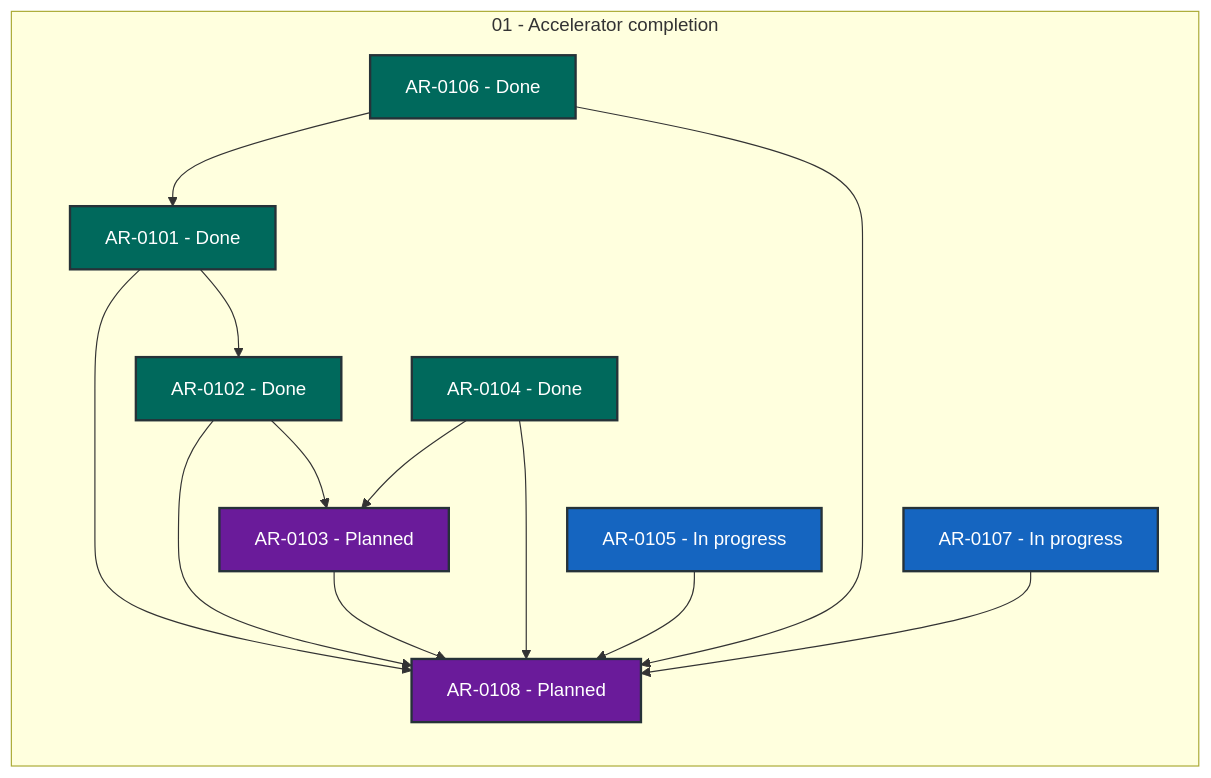
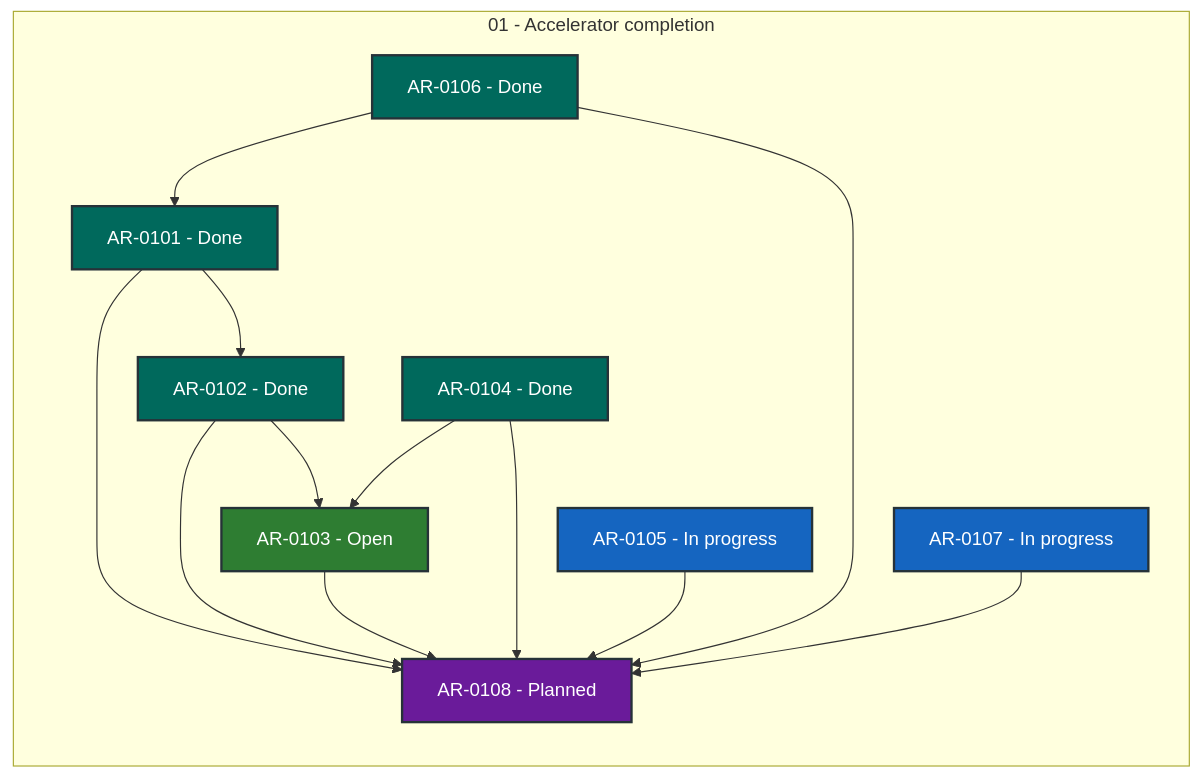
The diagram in coordination/STATUS.md (locutus3009/exgame), drawn with Mermaid before and after one commit. The commit also changed other lines of this file and 2 other files, not shown here.

````diff
--- a/coordination/STATUS.md
+++ b/coordination/STATUS.md
@@ -28,34 +28,34 @@
 ```mermaid
 flowchart LR
     subgraph series_01["01 - Accelerator completion"]
         direction TB
         AR_0101["AR-0101 - Done"]:::status_done
         AR_0102["AR-0102 - Done"]:::status_done
-        AR_0103["AR-0103 - Planned"]:::status_planned
+        AR_0103["AR-0103 - Open"]:::status_open
         AR_0104["AR-0104 - Done"]:::status_done
         AR_0105["AR-0105 - In progress"]:::status_in_progress
         AR_0106["AR-0106 - Done"]:::status_done
         AR_0107["AR-0107 - In progress"]:::status_in_progress
         AR_0108["AR-0108 - Planned"]:::status_planned
     end
     AR_0101 --> AR_0102
     AR_0101 --> AR_0108
     AR_0102 --> AR_0103
     AR_0102 --> AR_0108
     AR_0103 --> AR_0108
     AR_0104 --> AR_0103
     AR_0104 --> AR_0108
     AR_0105 --> AR_0108
     AR_0106 --> AR_0101
     AR_0106 --> AR_0108
     AR_0107 --> AR_0108
     classDef status_in_progress fill:#1565c0,color:#ffffff,stroke:#263238,stroke-width:2px
     classDef status_in_review fill:#ad1457,color:#ffffff,stroke:#263238,stroke-width:2px
     classDef status_open fill:#2e7d32,color:#ffffff,stroke:#263238,stroke-width:2px
     classDef status_blocked fill:#c62828,color:#ffffff,stroke:#263238,stroke-width:2px
     classDef status_planned fill:#6a1b9a,color:#ffffff,stroke:#263238,stroke-width:2px
     classDef status_future fill:#455a64,color:#ffffff,stroke:#263238,stroke-width:2px
     classDef status_done fill:#00695c,color:#ffffff,stroke:#263238,stroke-width:2px
     classDef status_cancelled fill:#616161,color:#ffffff,stroke:#263238,stroke-width:2px
     classDef status_superseded fill:#5d4037,color:#ffffff,stroke:#263238,stroke-width:2px
 ```
````
